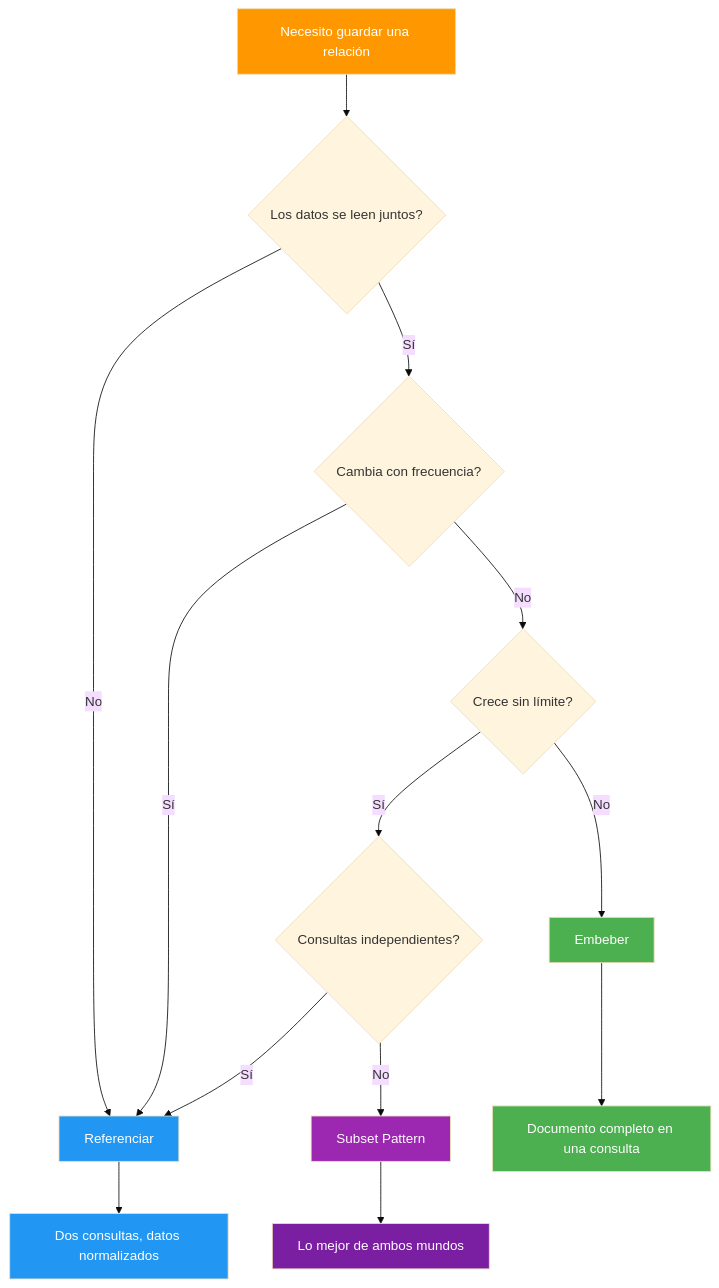
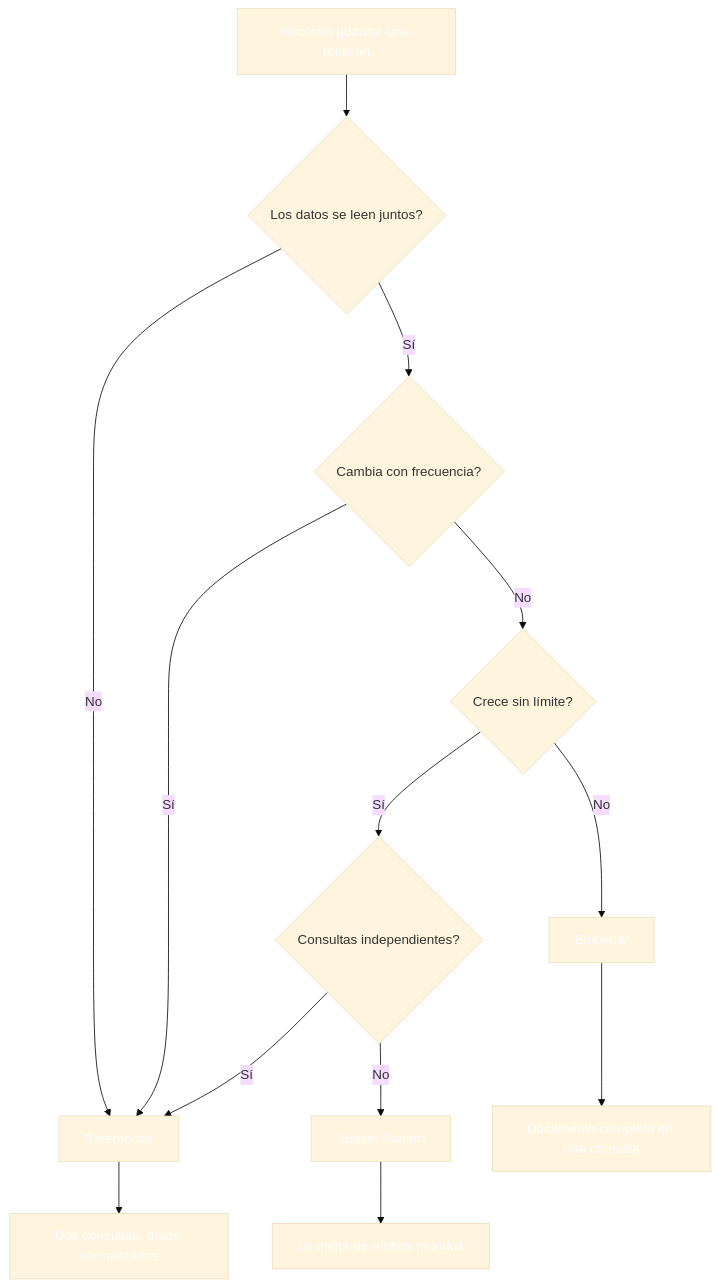
The second of 8 diagrams in 13-mongodb.md (joseluisgs/DesarrolloWebEntornosServidor-02-2026-2027), drawn with Mermaid (base theme) before and after one commit. The commit also changed other lines of this file and 41 other files, not shown here.

````diff
--- a/13-mongodb.md
+++ b/13-mongodb.md
@@ -274,27 +274,27 @@
 ```mermaid
 graph TD
     START[Necesito guardar una relación] --> Q1{Los datos se leen juntos?}
     Q1 -->|Sí| Q2{Cambia con frecuencia?}
     Q1 -->|No| REF[Referenciar]
 
     Q2 -->|No| Q3{Crece sin límite?}
     Q2 -->|Sí| REF
 
     Q3 -->|No| EMB[Embeber]
     Q3 -->|Sí| Q4{Consultas independientes?}
 
     Q4 -->|Sí| REF
     Q4 -->|No| SUBSET[Subset Pattern]
 
     EMB --> OK[Documento completo en una consulta]
     REF --> OK2[Dos consultas, datos normalizados]
     SUBSET --> OK3[Lo mejor de ambos mundos]
 
-    style START fill:#FF9800,color:#fff
-    style EMB fill:#4CAF50,color:#fff
-    style REF fill:#2196F3,color:#fff
-    style SUBSET fill:#9C27B0,color:#fff
-    style OK fill:#4CAF50,color:#fff
-    style OK2 fill:#2196F3,color:#fff
-    style OK3 fill:#7B1FA2,color:#fff
+    style START fill:#FF980,color:#fff0,color:#fff
+    style EMB fill:#4CAF5,color:#fff0,color:#fff
+    style REF fill:#2196F,color:#fff3,color:#fff
+    style SUBSET fill:#9C27B,color:#fff0,color:#fff
+    style OK fill:#4CAF5,color:#fff0,color:#fff
+    style OK2 fill:#2196F,color:#fff3,color:#fff
+    style OK3 fill:#7B1FA,color:#fff2,color:#fff
 ```
````
